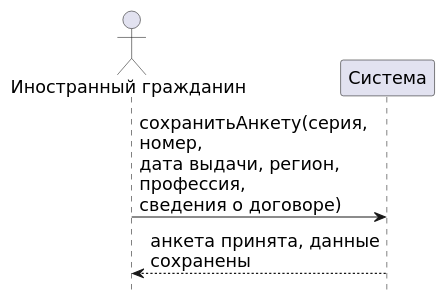
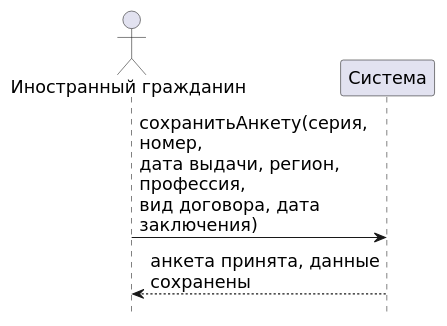
One commit to mflkee/study changed the diagram in tsu/5sem/Функциональное моделирование систем/документы/src/01-p1-osnovnoy.puml. Above: the diagram before and after it, drawn with PlantUML. The commit also changed 9 other files, not shown here.

```diff
--- a/tsu/5sem/Функциональное моделирование систем/документы/src/01-p1-osnovnoy.puml
+++ b/tsu/5sem/Функциональное моделирование систем/документы/src/01-p1-osnovnoy.puml
@@ -1,12 +1,12 @@
 @startuml
 skinparam shadowing false
 skinparam defaultFontName "DejaVu Sans"
 skinparam defaultFontSize 16
 skinparam sequenceMessageAlign left
 skinparam maxMessageSize 260
 hide footbox
 actor "Иностранный гражданин" as IG
 participant "Система" as SYS
-IG -> SYS : сохранитьАнкету(серия, номер,\nдата выдачи, регион, профессия,\nсведения о договоре)
+IG -> SYS : сохранитьАнкету(серия, номер,\nдата выдачи, регион, профессия,\nвид договора, дата заключения)
 SYS --> IG : анкета принята, данные сохранены
 @enduml
```
